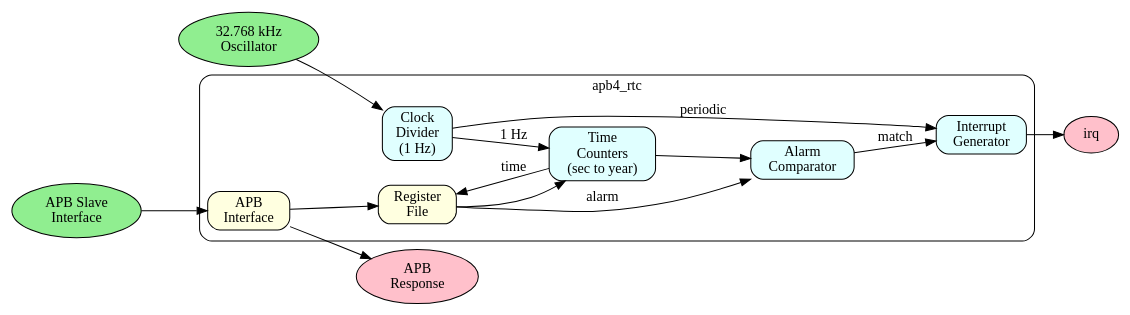
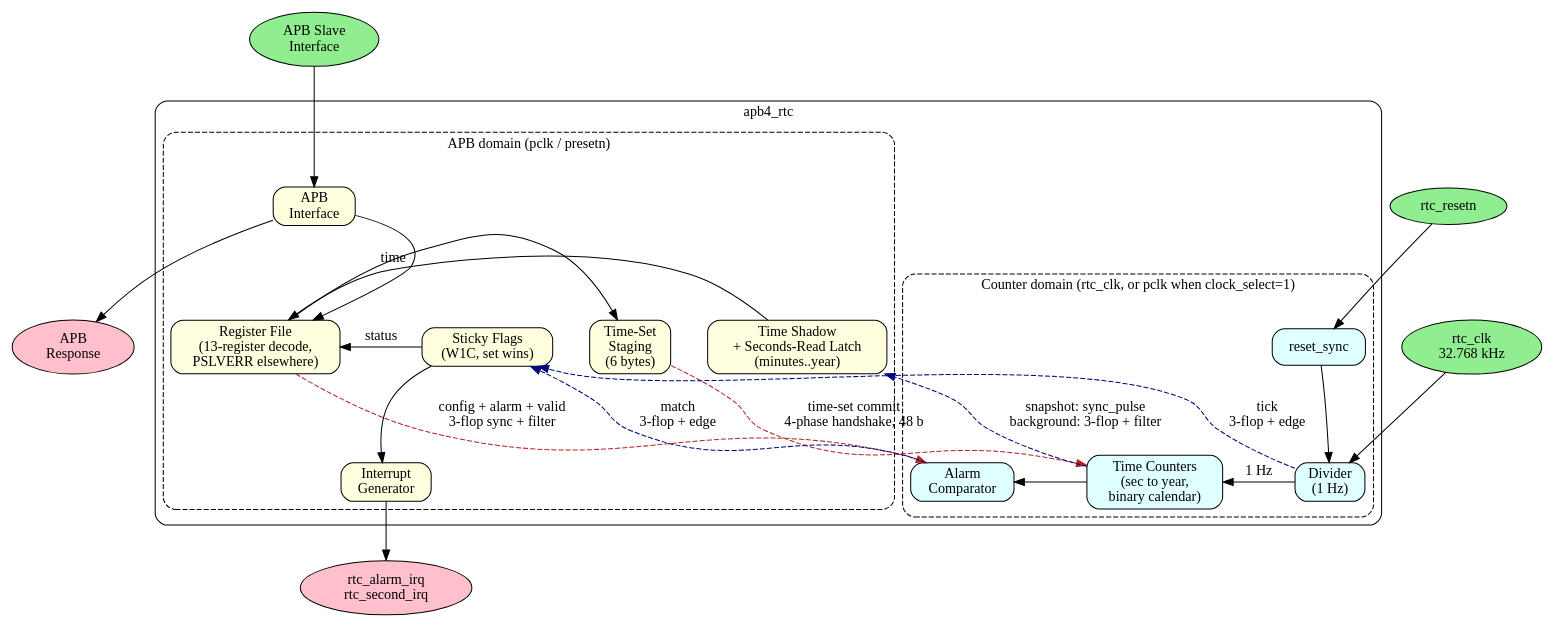
One commit to sean-galloway/RTLDesignSherpa changed the diagram in projects/components/retro_legacy_blocks/docs/rtc_mas/assets/graphviz/rtc_top.gv. Above: the diagram before and after it, drawn with Graphviz. The commit also changed 31 other files, not shown here.

First line of the commit message:
fix(rlb/rtc): counter domain on rtc_clk with explicit crossings, stage-then-commit time set, coherent reads (#56)

```diff
--- a/projects/components/retro_legacy_blocks/docs/rtc_mas/assets/graphviz/rtc_top.gv
+++ b/projects/components/retro_legacy_blocks/docs/rtc_mas/assets/graphviz/rtc_top.gv
@@ -1,40 +1,74 @@
 // RTC Top-Level Block Diagram
+//
+// Two clock domains, drawn as two clusters, with every crossing between them
+// labelled by the rtl/cdc primitive that carries it (rtl/rtc/README.md,
+// "Clocks, resets and the crossings").
 digraph rtc_top {
-    rankdir=LR;
+    rankdir=TB;
+    newrank=true;
+    nodesep=0.5;
+    ranksep=0.7;
     node [shape=box, style="rounded,filled", fillcolor=lightblue];
 
     // Inputs
-    clk_32k [label="32.768 kHz\nOscillator", shape=ellipse, fillcolor=lightgreen];
-    apb_in [label="APB Slave\nInterface", shape=ellipse, fillcolor=lightgreen];
+    apb_in  [label="APB Slave\nInterface", shape=ellipse, fillcolor=lightgreen];
+    clk_32k [label="rtc_clk\n32.768 kHz", shape=ellipse, fillcolor=lightgreen];
+    rtc_rst [label="rtc_resetn", shape=ellipse, fillcolor=lightgreen];
 
-    // Main blocks
     subgraph cluster_rtc {
         label="apb4_rtc";
         style=rounded;
 
-        apb_if [label="APB\nInterface", fillcolor=lightyellow];
-        regs [label="Register\nFile", fillcolor=lightyellow];
-        divider [label="Clock\nDivider\n(1 Hz)", fillcolor=lightcyan];
-        time_cnt [label="Time\nCounters\n(sec to year)", fillcolor=lightcyan];
-        alarm [label="Alarm\nComparator", fillcolor=lightcyan];
-        int_gen [label="Interrupt\nGenerator", fillcolor=lightcyan];
+        subgraph cluster_apb {
+            label="APB domain (pclk / presetn)";
+            style="rounded,dashed";
+            apb_if  [label="APB\nInterface", fillcolor=lightyellow];
+            regs    [label="Register File\n(13-register decode,\nPSLVERR elsewhere)", fillcolor=lightyellow];
+            stage   [label="Time-Set\nStaging\n(6 bytes)", fillcolor=lightyellow];
+            shadow  [label="Time Shadow\n+ Seconds-Read Latch\n(minutes..year)", fillcolor=lightyellow];
+            flags   [label="Sticky Flags\n(W1C, set wins)", fillcolor=lightyellow];
+            int_gen [label="Interrupt\nGenerator", fillcolor=lightyellow];
+            {rank=same; regs; stage; shadow; flags;}
+        }
+
+        subgraph cluster_ctr {
+            label="Counter domain (rtc_clk, or pclk when clock_select=1)";
+            style="rounded,dashed";
+            rst_sync [label="reset_sync", fillcolor=lightcyan];
+            divider  [label="Divider\n(1 Hz)", fillcolor=lightcyan];
+            time_cnt [label="Time Counters\n(sec to year,\nbinary calendar)", fillcolor=lightcyan];
+            alarm    [label="Alarm\nComparator", fillcolor=lightcyan];
+            {rank=same; divider; time_cnt; alarm;}
+        }
     }
 
     // Outputs
-    irq [label="irq", shape=ellipse, fillcolor=pink];
+    irq     [label="rtc_alarm_irq\nrtc_second_irq", shape=ellipse, fillcolor=pink];
     apb_out [label="APB\nResponse", shape=ellipse, fillcolor=pink];
 
-    // Connections
+    // APB side
     apb_in -> apb_if;
     apb_if -> regs;
     apb_if -> apb_out;
+    regs -> stage;
+    shadow -> regs [label="time"];
+    flags -> regs [label="status"];
+    flags -> int_gen;
+    int_gen -> irq;
+
+    // Counter side
     clk_32k -> divider;
+    rtc_rst -> rst_sync;
+    rst_sync -> divider;
     divider -> time_cnt [label="1 Hz"];
-    regs -> time_cnt;
-    time_cnt -> regs [label="time"];
     time_cnt -> alarm;
-    regs -> alarm [label="alarm"];
-    alarm -> int_gen [label="match"];
-    divider -> int_gen [label="periodic"];
-    int_gen -> irq;
+
+    // Crossings (pclk -> counter)
+    regs -> alarm    [label="config + alarm + valid\n3-flop sync + filter", style=dashed, color=firebrick];
+    stage -> time_cnt [label="time-set commit\n4-phase handshake, 48 b", style=dashed, color=firebrick];
+
+    // Crossings (counter -> pclk)
+    time_cnt -> shadow [label="snapshot: sync_pulse\nbackground: 3-flop + filter", style=dashed, color=navy];
+    divider -> flags   [label="tick\n3-flop + edge", style=dashed, color=navy];
+    alarm -> flags     [label="match\n3-flop + edge", style=dashed, color=navy];
 }
```
